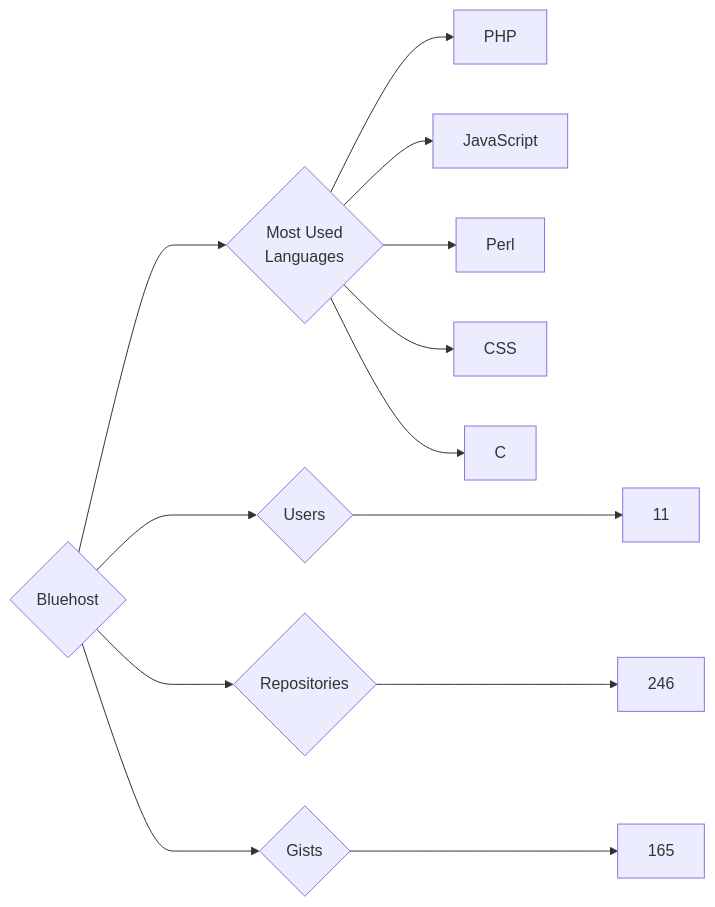
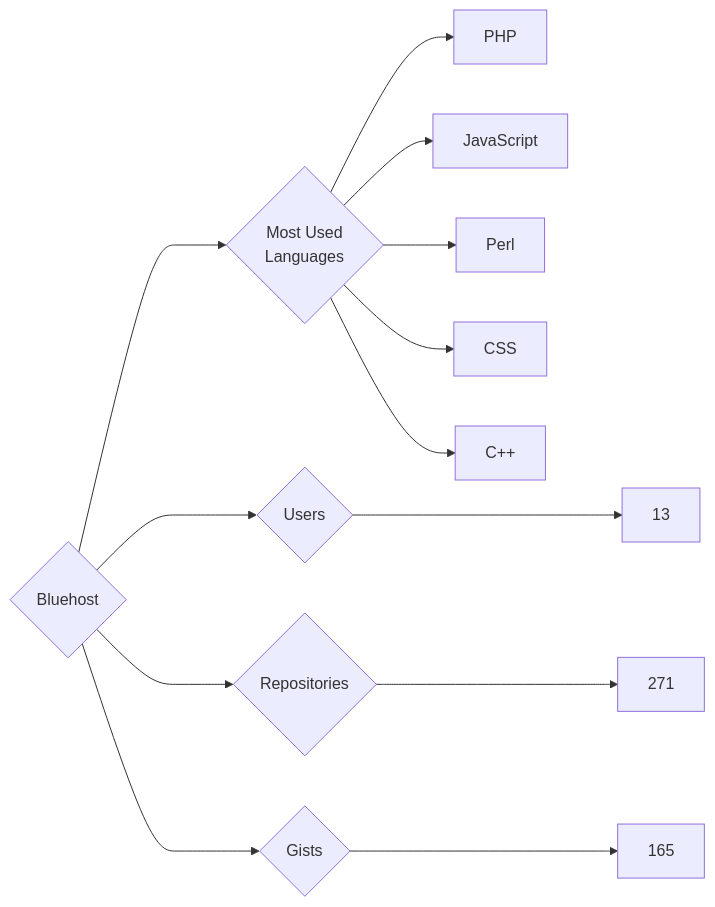
Before and after one commit to trickest/insiders: the diagram in targets/Bluehost/README.md, drawn with Mermaid. The commit also changed 545 other files, not shown here.

````diff
--- a/targets/Bluehost/README.md
+++ b/targets/Bluehost/README.md
@@ -3,13 +3,13 @@
 ```mermaid
 graph LR
 COMPANY_NAME{Bluehost}
-COMPANY_NAME ---> U{Users} ---> UN[11]
-COMPANY_NAME ---> R{Repositories} ---> RN[246]
+COMPANY_NAME ---> U{Users} ---> UN[13]
+COMPANY_NAME ---> R{Repositories} ---> RN[271]
 COMPANY_NAME ---> G{Gists} ---> GN[165]
 COMPANY_NAME ---> ML{Most Used<br>Languages}
 ML --> PHP[PHP]
 ML --> JavaScript[JavaScript]
 ML --> Perl[Perl]
 ML --> CSS[CSS]
-ML --> C[C]
+ML --> C++[C++]
 ```
````
